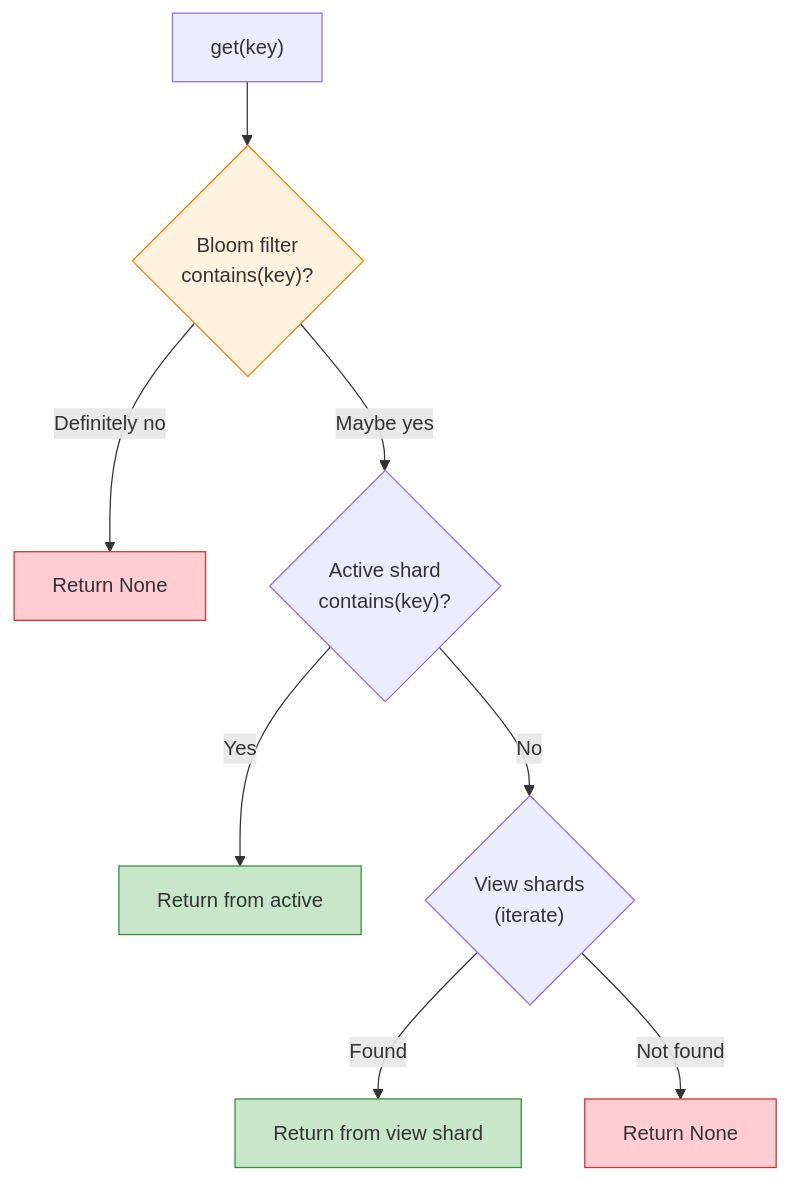
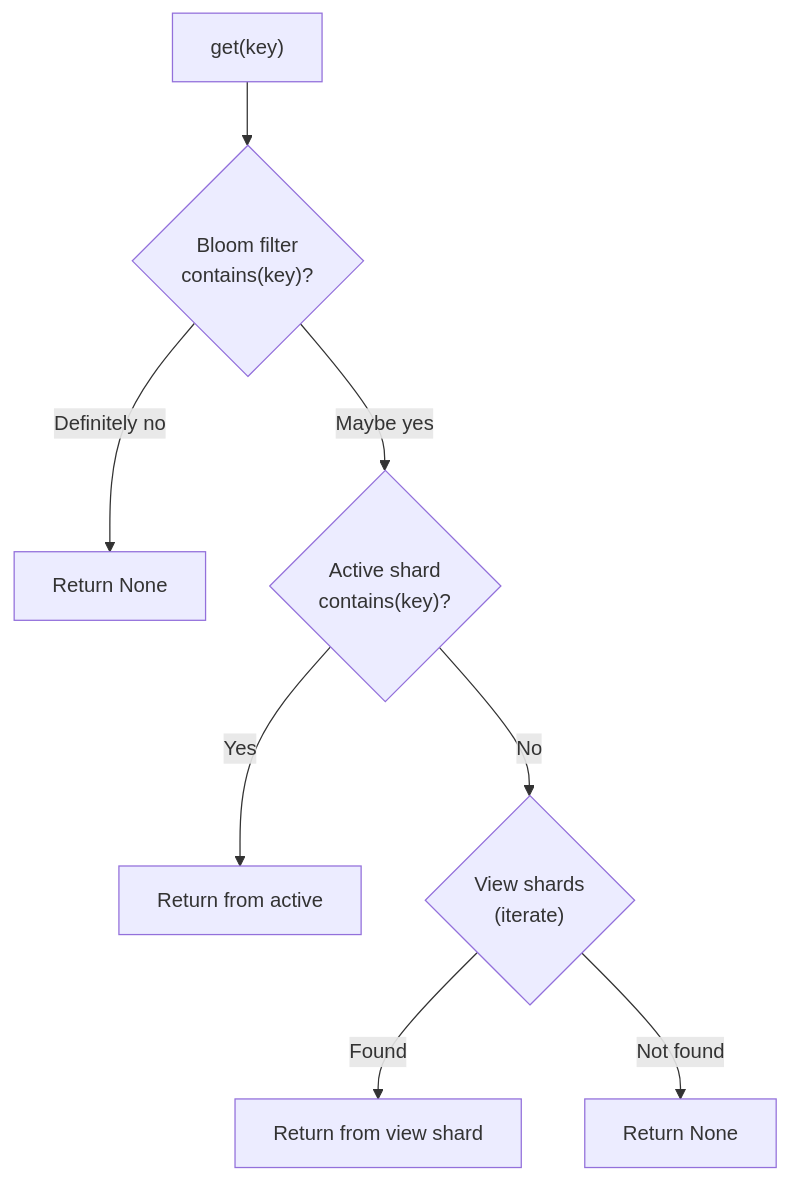
Before and after one commit to iscc/iscc-usearch: the second of 2 diagrams in docs/explanation/sharding-design.md, drawn with Mermaid. The commit also changed 3 other files, not shown here.

First line of the commit message:
docs: remove inline color styles from Mermaid diagrams

````diff
--- a/docs/explanation/sharding-design.md
+++ b/docs/explanation/sharding-design.md
@@ -51,16 +51,10 @@
 ```mermaid
 graph TD
     Q["get(key)"] --> BF{"Bloom filter<br/>contains(key)?"}
     BF -->|"Definitely no"| NONE["Return None"]
     BF -->|"Maybe yes"| AS{"Active shard<br/>contains(key)?"}
     AS -->|"Yes"| RA["Return from active"]
     AS -->|"No"| VS{"View shards<br/>(iterate)"}
     VS -->|"Found"| RV["Return from view shard"]
     VS -->|"Not found"| NONE2["Return None"]
-
-    style BF fill:#fff3e0,stroke:#f57c00
-    style NONE fill:#ffcdd2,stroke:#d32f2f
-    style NONE2 fill:#ffcdd2,stroke:#d32f2f
-    style RA fill:#c8e6c9,stroke:#388e3c
-    style RV fill:#c8e6c9,stroke:#388e3c
 ```
````
